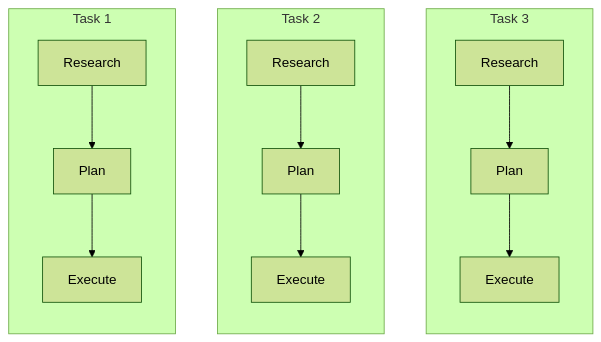
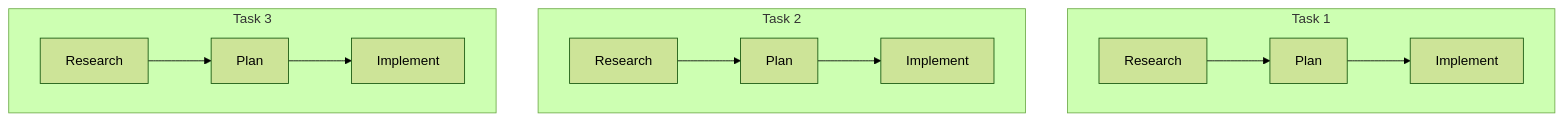
The first of 3 diagrams in README.md (michael-elkabetz/features), drawn with Mermaid (forest theme) before and after one commit.

````diff
--- a/README.md
+++ b/README.md
@@ -61,16 +61,16 @@
 ```mermaid
 flowchart LR
-    subgraph task1 ["Task 1"]
-        direction TB
-        R1["Research"] --> P1["Plan"] --> E1["Execute"]
+    subgraph task3 ["Task 3"]
+        direction LR
+        R3["Research"] --> P3["Plan"] --> E3["Implement"]
     end
     subgraph task2 ["Task 2"]
-        direction TB
-        R2["Research"] --> P2["Plan"] --> E2["Execute"]
+        direction LR
+        R2["Research"] --> P2["Plan"] --> E2["Implement"]
     end
-    subgraph task3 ["Task 3"]
-        direction TB
-        R3["Research"] --> P3["Plan"] --> E3["Execute"]
+    subgraph task1 ["Task 1"]
+        direction LR
+        R1["Research"] --> P1["Plan"] --> E1["Implement"]
     end
-    R1 ~~~ R2 ~~~ R3
+    R3 ~~~ R2 ~~~ R1
 ```
````
